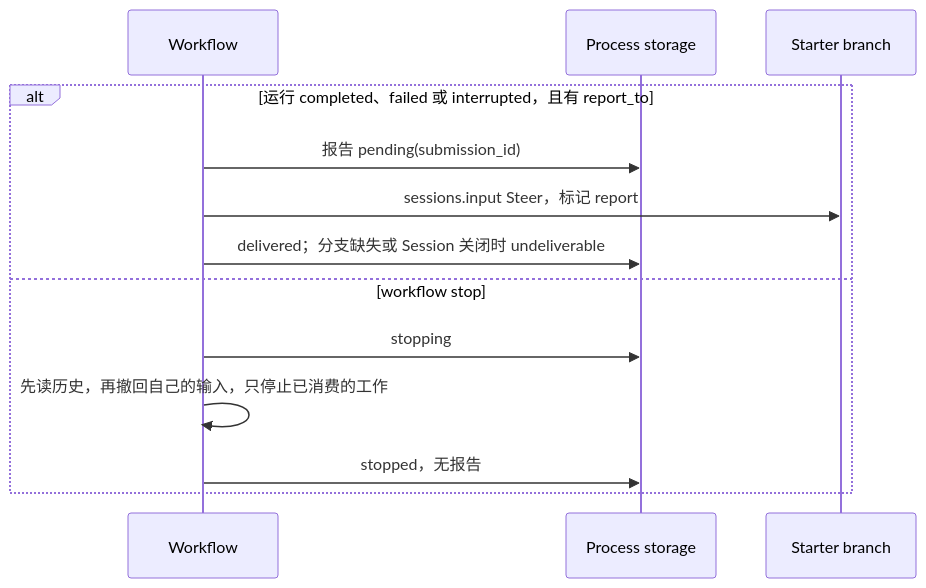
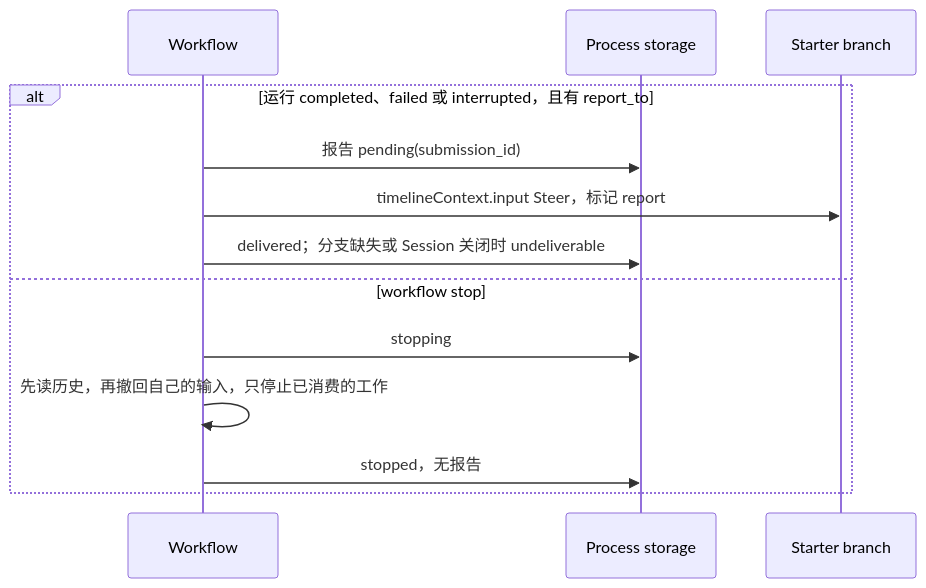
The fourth of 6 diagrams in docs/zh/design/plugins/Workflow.md (arcships/dim), drawn with Mermaid before and after one commit. The commit also changed other lines of this file and 142 other files, not shown here.

````diff
--- a/docs/zh/design/plugins/Workflow.md
+++ b/docs/zh/design/plugins/Workflow.md
@@ -196,15 +200,15 @@
 ```mermaid
 sequenceDiagram
   participant WF as Workflow
   participant ST as Process storage
   participant STB as Starter branch
   alt 运行 completed、failed 或 interrupted，且有 report_to
     WF->>ST: 报告 pending(submission_id)
-    WF->>STB: sessions.input Steer，标记 report
+    WF->>STB: timelineContext.input Steer，标记 report
     WF->>ST: delivered；分支缺失或 Session 关闭时 undeliverable
   else workflow stop
     WF->>ST: stopping
     WF->>WF: 先读历史，再撤回自己的输入，只停止已消费的工作
     WF->>ST: stopped，无报告
   end
 ```
````
